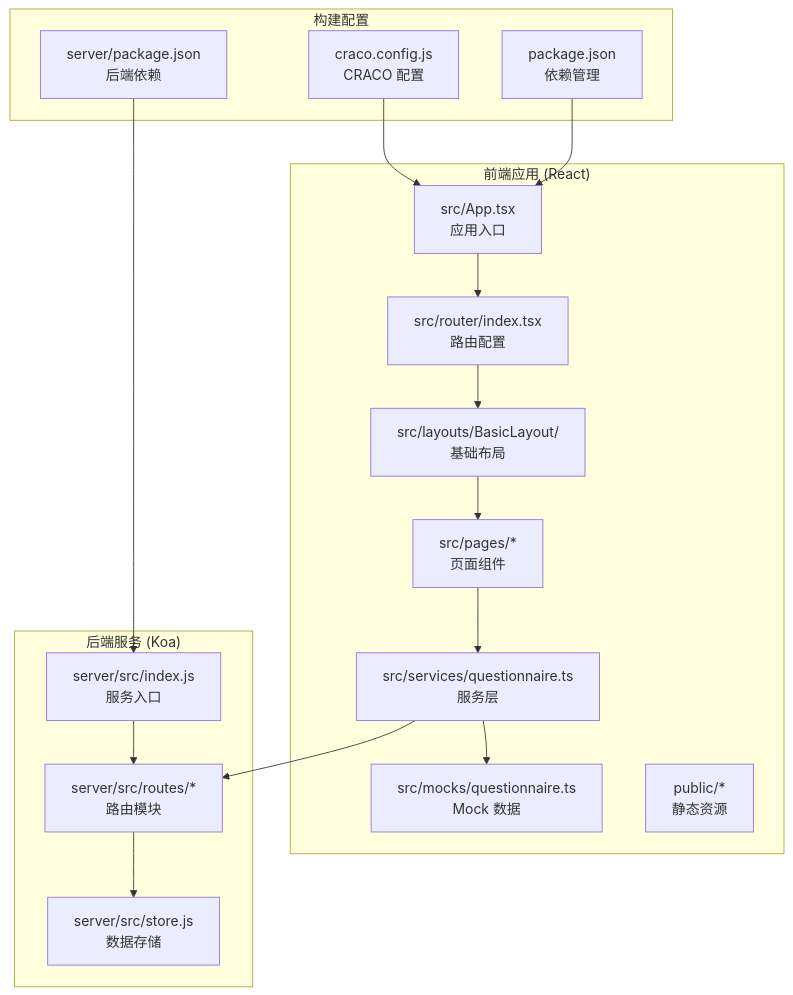
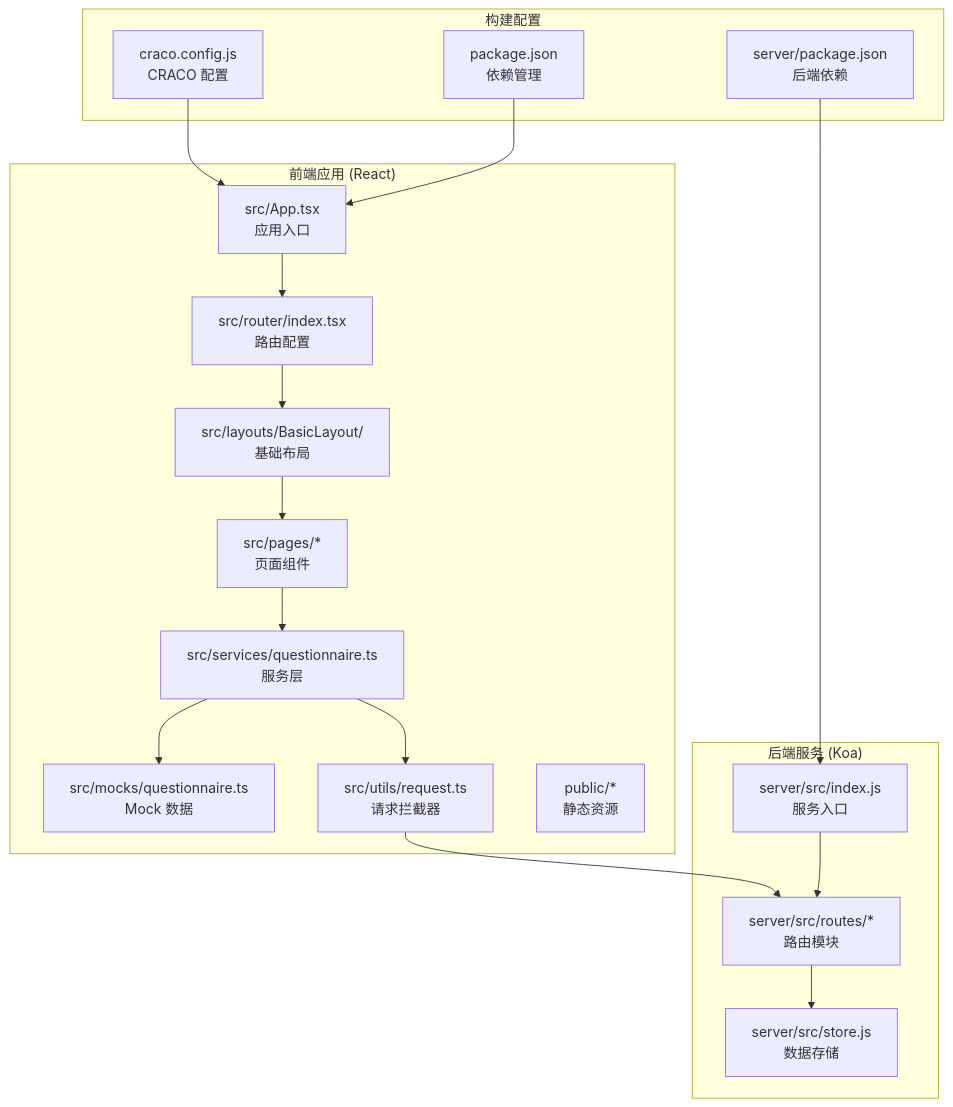
Before and after one commit to kkxxll/reactNext: the first of 12 diagrams in .qoder/repowiki/zh/content/核心组件/问卷管理系统.md, drawn with Mermaid. The commit also changed other lines of this file and 12 other files, not shown here.

````diff
--- a/.qoder/repowiki/zh/content/核心组件/问卷管理系统.md
+++ b/.qoder/repowiki/zh/content/核心组件/问卷管理系统.md
@@ -45,33 +55,35 @@
 ```mermaid
 graph TB
 subgraph "前端应用 (React)"
 FE_App["src/App.tsx<br/>应用入口"]
 FE_Router["src/router/index.tsx<br/>路由配置"]
 FE_Layout["src/layouts/BasicLayout/<br/>基础布局"]
 FE_Pages["src/pages/*<br/>页面组件"]
 FE_Services["src/services/questionnaire.ts<br/>服务层"]
 FE_Mocks["src/mocks/questionnaire.ts<br/>Mock 数据"]
+FE_Request["src/utils/request.ts<br/>请求拦截器"]
 FE_Assets["public/*<br/>静态资源"]
 end
 subgraph "后端服务 (Koa)"
 BE_Index["server/src/index.js<br/>服务入口"]
 BE_Routes["server/src/routes/*<br/>路由模块"]
 BE_Store["server/src/store.js<br/>数据存储"]
 end
 subgraph "构建配置"
 Config_CRACO["craco.config.js<br/>CRACO 配置"]
 Config_PKG["package.json<br/>依赖管理"]
 Config_Server_PKG["server/package.json<br/>后端依赖"]
 end
 FE_App --> FE_Router
 FE_Router --> FE_Layout
 FE_Layout --> FE_Pages
 FE_Pages --> FE_Services
 FE_Services --> FE_Mocks
-FE_Services --> BE_Routes
+FE_Services --> FE_Request
+FE_Request --> BE_Routes
 BE_Index --> BE_Routes
 BE_Routes --> BE_Store
 Config_CRACO --> FE_App
 Config_PKG --> FE_App
 Config_Server_PKG --> BE_Index
 ```
````
